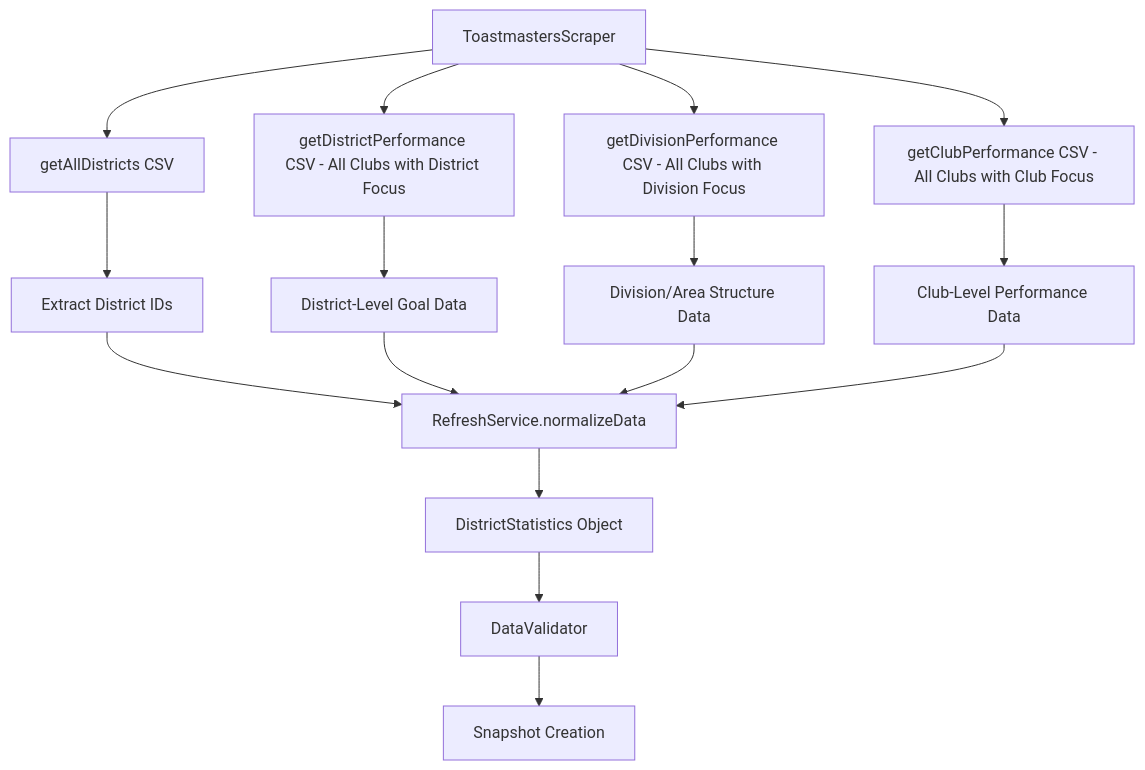
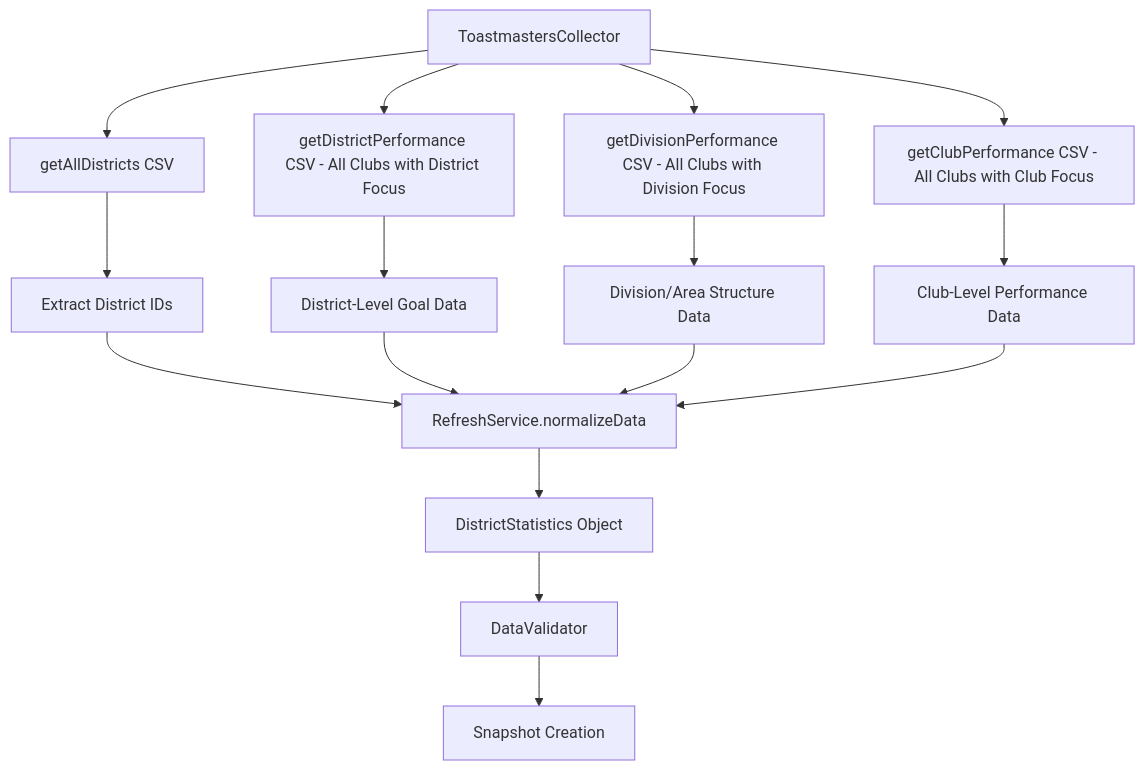
The first of 2 diagrams in TOASTMASTERS_DASHBOARD_KNOWLEDGE.md (rservant/toast-stats), drawn with Mermaid before and after one commit. The commit also changed other lines of this file and 267 other files, not shown here.

First line of the commit message:
refactor: rename scraper-cli to collector-cli across the codebase (#99)

````diff
--- a/TOASTMASTERS_DASHBOARD_KNOWLEDGE.md
+++ b/TOASTMASTERS_DASHBOARD_KNOWLEDGE.md
@@ -331,21 +331,21 @@
 ```mermaid
 graph TD
-    A[ToastmastersScraper] --> B[getAllDistricts CSV]
+    A[ToastmastersCollector] --> B[getAllDistricts CSV]
     A --> C[getDistrictPerformance CSV - All Clubs with District Focus]
     A --> D[getDivisionPerformance CSV - All Clubs with Division Focus]
     A --> E[getClubPerformance CSV - All Clubs with Club Focus]
 
     B --> F[Extract District IDs]
     C --> G[District-Level Goal Data]
     D --> H[Division/Area Structure Data]
     E --> I[Club-Level Performance Data]
 
     F --> J[RefreshService.normalizeData]
     G --> J
     H --> J
     I --> J
 
     J --> K[DistrictStatistics Object]
     K --> L[DataValidator]
     L --> M[Snapshot Creation]
 ```
````
